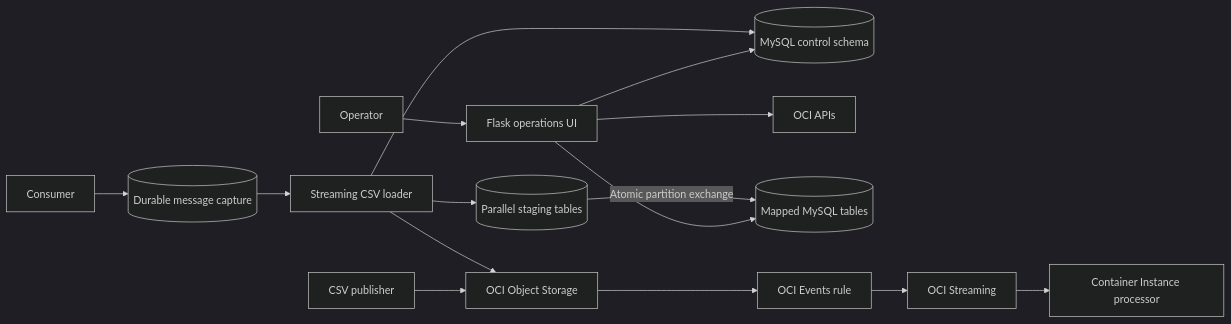
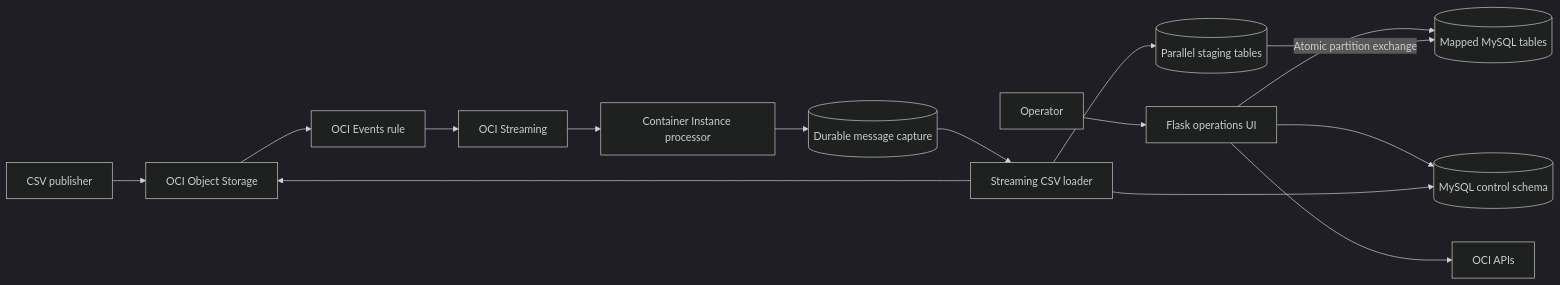
The diagram in README.md (ivanxma/oci-fn-object-event-2-hw-table), drawn with Mermaid (dark theme) before and after one commit. The commit also changed other lines of this file and 3 other files, not shown here.

Commit message:
Rename deployed consumer UI to processor

````diff
--- a/README.md
+++ b/README.md
@@ -17,17 +17,17 @@
 ```mermaid
 flowchart LR
     Operator[Operator] --> UI[Flask operations UI]
     UI --> Control[(MySQL control schema)]
     UI --> OCIAPI[OCI APIs]
     UI --> Target[(Mapped MySQL tables)]
     Publisher[CSV publisher] --> Bucket[OCI Object Storage]
     Bucket --> Events[OCI Events rule]
     Events --> Stream[OCI Streaming]
     Stream --> Processor[Container Instance processor]
-    Consumer --> Capture[(Durable message capture)]
+    Processor --> Capture[(Durable message capture)]
     Capture --> Loader[Streaming CSV loader]
     Loader --> Bucket
     Loader --> Stage[(Parallel staging tables)]
     Stage -->|Atomic partition exchange| Target
     Loader --> Control
 ```
````
